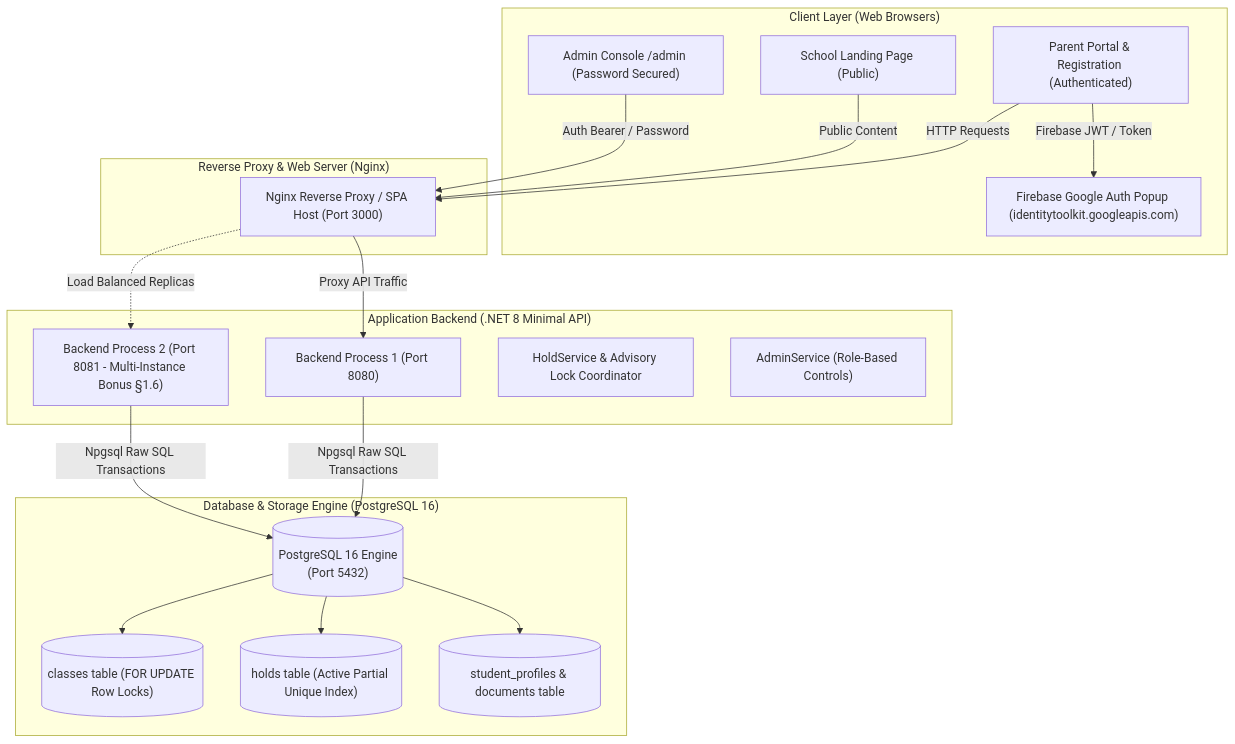
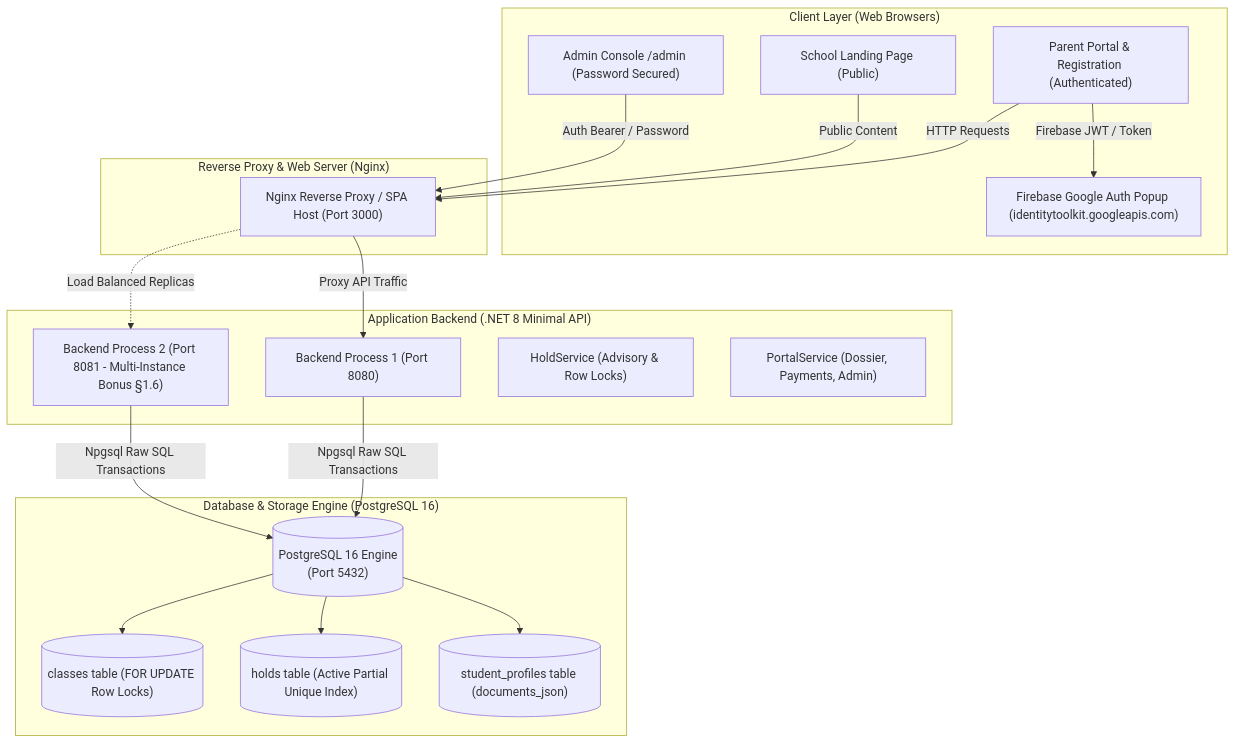
The first of 9 diagrams in ASSUMPTIONS.md (HeatsinkDip/school-admission-system), drawn with Mermaid before and after one commit. The commit also changed other lines of this file and 59 other files, not shown here.

Commit message:
docs: finalize README and ASSUMPTIONS architecture specs, untrack local tooling, and clean comments

````diff
--- a/ASSUMPTIONS.md
+++ b/ASSUMPTIONS.md
@@ -25,39 +25,39 @@
 ```mermaid
 flowchart TD
     subgraph ClientLayer ["Client Layer (Web Browsers)"]
         LandingPage["School Landing Page (Public)"]
         ParentPortal["Parent Portal & Registration (Authenticated)"]
         AdminPortal["Admin Console /admin (Password Secured)"]
         FirebaseAuth["Firebase Google Auth Popup (identitytoolkit.googleapis.com)"]
     end
 
     subgraph GatewayLayer ["Reverse Proxy & Web Server (Nginx)"]
         Nginx["Nginx Reverse Proxy / SPA Host (Port 3000)"]
     end
 
     subgraph ServiceLayer ["Application Backend (.NET 8 Minimal API)"]
         Backend1["Backend Process 1 (Port 8080)"]
         Backend2["Backend Process 2 (Port 8081 - Multi-Instance Bonus §1.6)"]
-        HoldService["HoldService & Advisory Lock Coordinator"]
-        AdminService["AdminService (Role-Based Controls)"]
+        HoldService["HoldService (Advisory & Row Locks)"]
+        PortalService["PortalService (Dossier, Payments, Admin)"]
     end
 
     subgraph PersistenceLayer ["Database & Storage Engine (PostgreSQL 16)"]
         DB[("PostgreSQL 16 Engine\n(Port 5432)")]
         ClassTable[("classes table (FOR UPDATE Row Locks)")]
         HoldTable[("holds table (Active Partial Unique Index)")]
-        ProfileTable[("student_profiles & documents table")]
+        ProfileTable[("student_profiles table (documents_json)")]
     end
 
     ParentPortal -->|Firebase JWT / Token| FirebaseAuth
     ParentPortal -->|HTTP Requests| Nginx
     LandingPage -->|Public Content| Nginx
     AdminPortal -->|Auth Bearer / Password| Nginx
     Nginx -->|Proxy API Traffic| Backend1
     Nginx -.->|Load Balanced Replicas| Backend2
     Backend1 -->|Npgsql Raw SQL Transactions| DB
     Backend2 -->|Npgsql Raw SQL Transactions| DB
     DB --> ClassTable
     DB --> HoldTable
     DB --> ProfileTable
 ```
````
